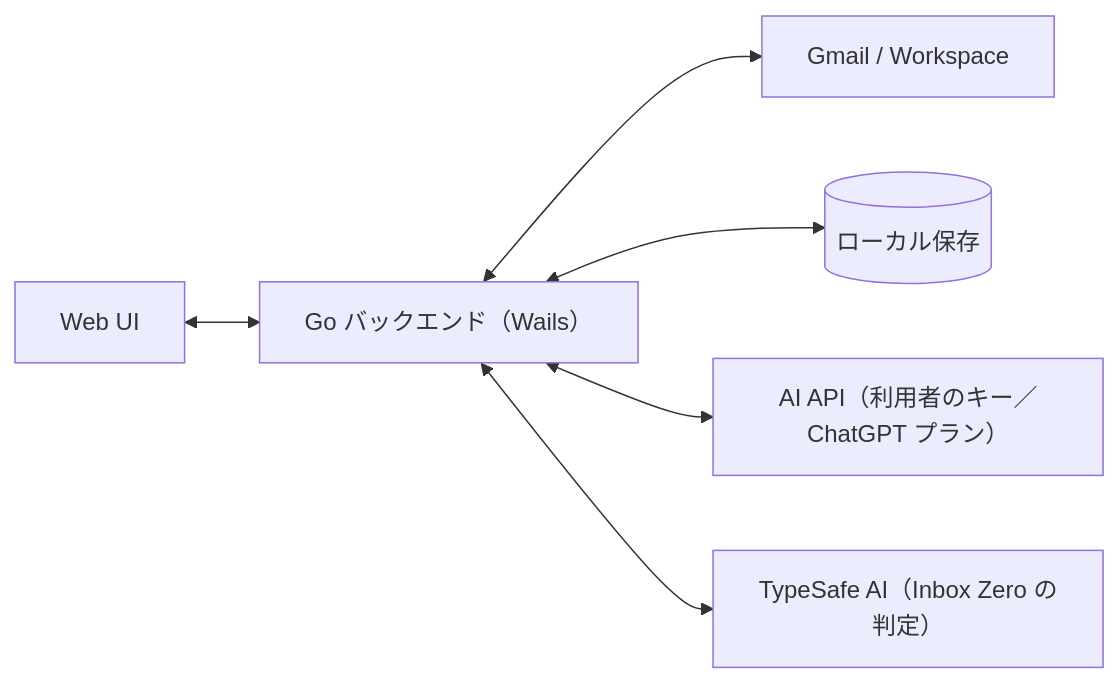
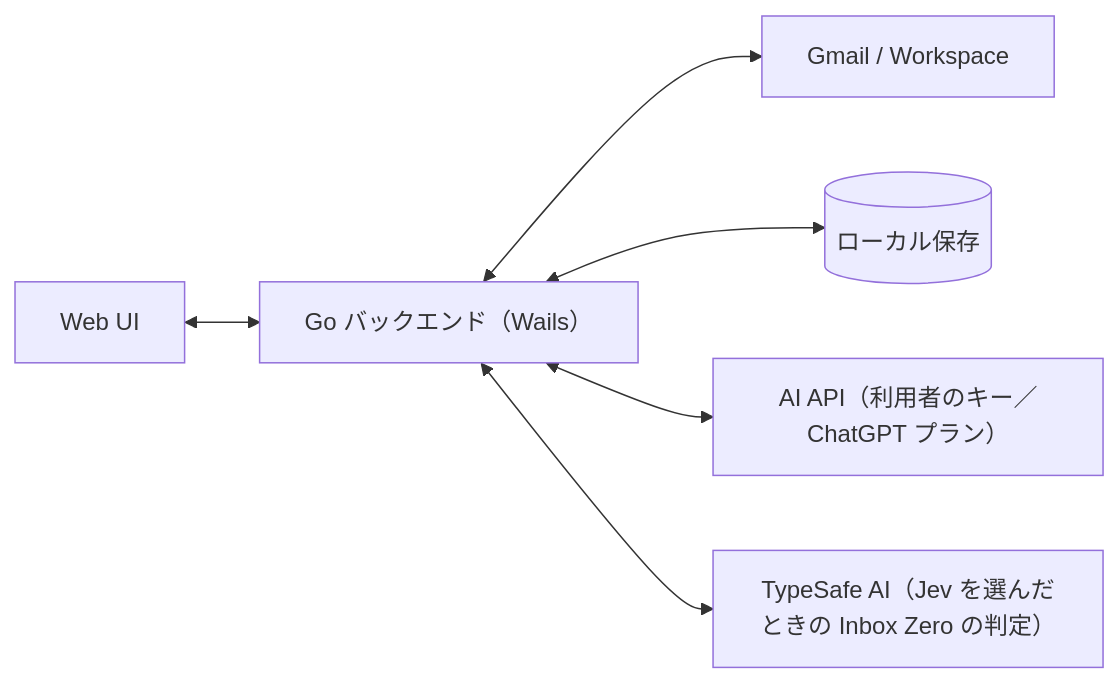
One commit to ousiassllc/hitomado changed the diagram in docs/overview.md. Above: the diagram before and after it, drawn with Mermaid. The commit also changed other lines of this file and 11 other files, not shown here.

First line of the commit message:
docs: Inbox Zero の返信済み判定・カレンダー・使う AI の選択に合わせて仕様書を更新する

````diff
--- a/docs/overview.md
+++ b/docs/overview.md
@@ -56,8 +56,8 @@
 ```mermaid
 flowchart LR
   UI[Web UI] <--> GO[Go バックエンド（Wails）]
   GO <--> G[Gmail / Workspace]
   GO <--> DB[(ローカル保存)]
   GO <--> AI[AI API（利用者のキー／ChatGPT プラン）]
-  GO <--> TS[TypeSafe AI（Inbox Zero の判定）]
+  GO <--> TS[TypeSafe AI（Jev を選んだときの Inbox Zero の判定）]
 ```
````
